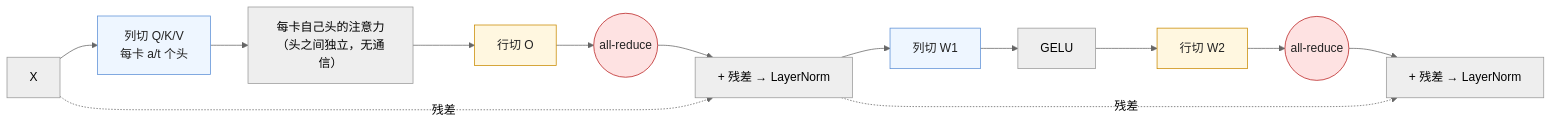
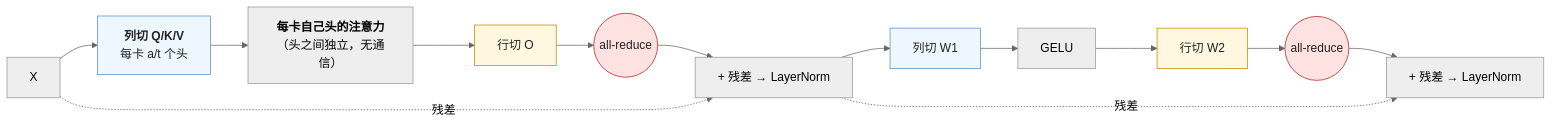
One commit to arganzheng/arganzheng.github.com changed the first of 2 diagrams in _posts/2026-07-17-parallelism-strategies-which-state-to-shard.md. Above: the diagram before and after it, drawn with Mermaid (neutral theme). The commit also changed other lines of this file and 8 other files, not shown here.

First line of the commit message:
大规模训练工程：从并行策略到容错恢复：Mermaid 多行方框的首行标为标题（9 篇）

````diff
--- a/_posts/2026-07-17-parallelism-strategies-which-state-to-shard.md
+++ b/_posts/2026-07-17-parallelism-strategies-which-state-to-shard.md
@@ -368,15 +368,15 @@
 ```mermaid
 %%{init: {"flowchart": {"wrappingWidth": 160}}}%%
 %% 图：列切与行切的配对：Q/K/V 与 W1 列切，O 与 W2 行切，一个 Transformer 层只在两处 all-reduce
 flowchart LR
-    X1[X] --> QKV["列切 Q/K/V<br/>每卡 a/t 个头"] --> ATT["每卡自己头的注意力<br/>（头之间独立，无通信）"] --> O["行切 O"] --> AR1(("all-reduce")) --> R1["+ 残差 → LayerNorm"]
+    X1[X] --> QKV["<b>列切 Q/K/V</b><br/>每卡 a/t 个头"] --> ATT["<b>每卡自己头的注意力</b><br/>（头之间独立，无通信）"] --> O["行切 O"] --> AR1(("all-reduce")) --> R1["+ 残差 → LayerNorm"]
     X1 -.残差.-> R1
     R1 --> W1["列切 W1"] --> GELU --> W2["行切 W2"] --> AR2(("all-reduce")) --> R2["+ 残差 → LayerNorm"]
     R1 -.残差.-> R2
     classDef col fill:#eef6ff,stroke:#5b8fd6,color:#222
     classDef row fill:#fff7e0,stroke:#c98a00,color:#222
     classDef ar fill:#fee2e2,stroke:#b91c1c,color:#222
     class QKV,W1 col
     class O,W2 row
     class AR1,AR2 ar
 ```
````
